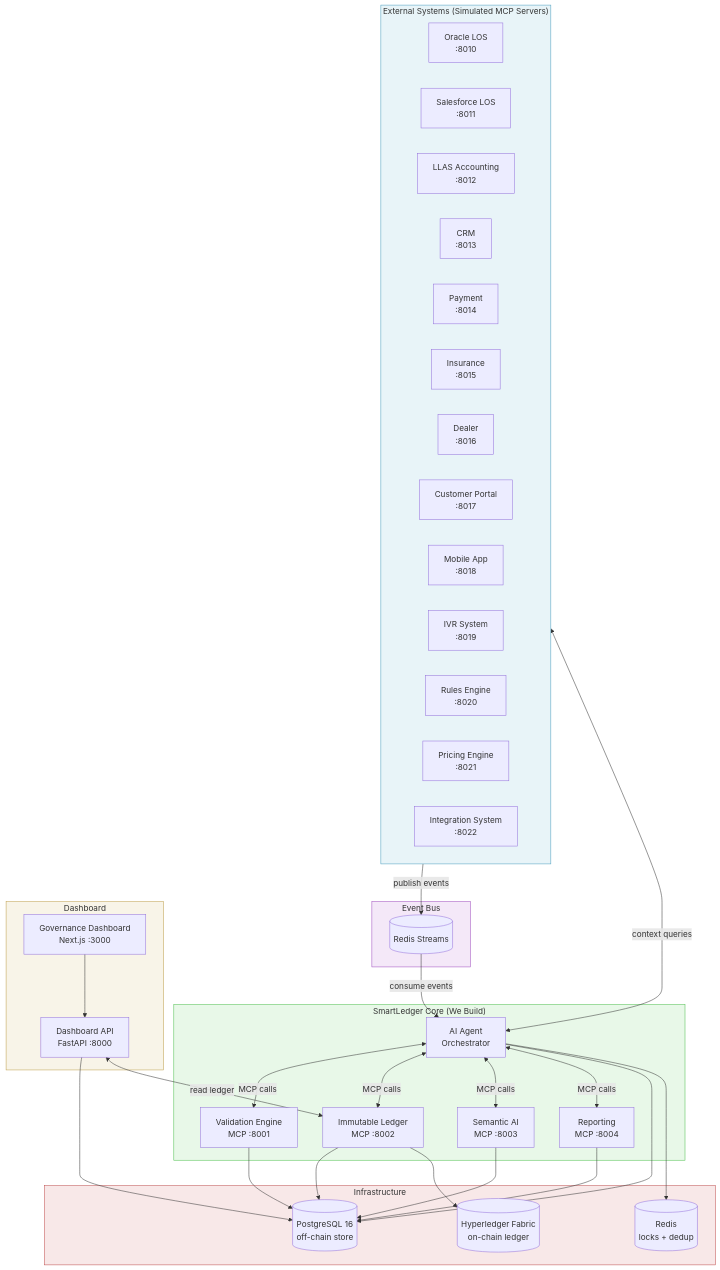
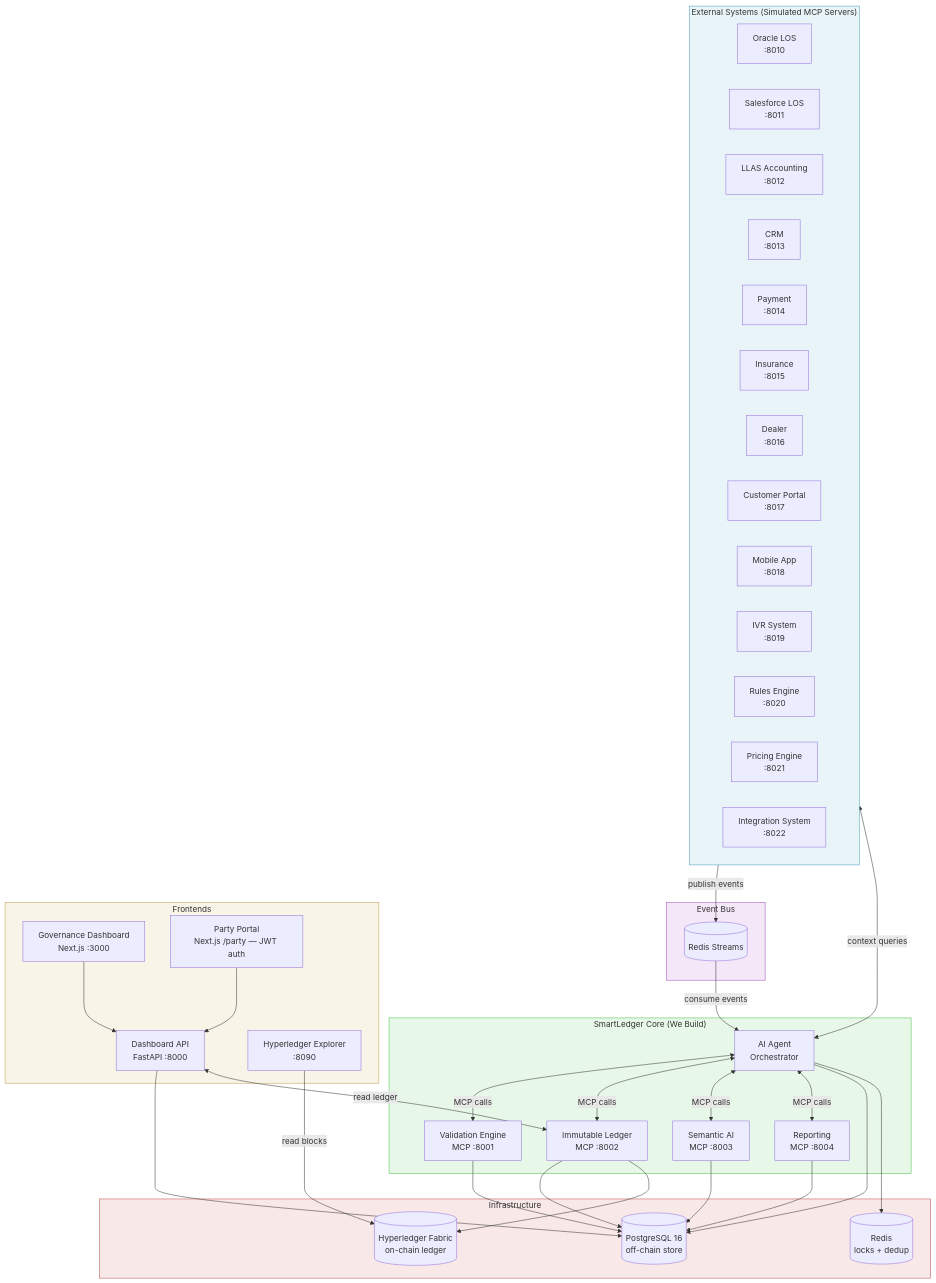
One commit to rame10566/smartledger changed the first of 10 diagrams in docs/ARCHITECTURE.md. Above: the diagram before and after it, drawn with Mermaid. The commit also changed other lines of this file and 5 other files, not shown here.

First line of the commit message:
docs: reflect Phase I (Party Portal + Hyperledger Explorer) across all docs

````diff
--- a/docs/ARCHITECTURE.md
+++ b/docs/ARCHITECTURE.md
@@ -7,67 +7,71 @@
 ```mermaid
 graph TB
     subgraph EXTERNAL["External Systems (Simulated MCP Servers)"]
         OL[Oracle LOS<br/>:8010]
         SF[Salesforce LOS<br/>:8011]
         LL[LLAS Accounting<br/>:8012]
         CR[CRM<br/>:8013]
         PM[Payment<br/>:8014]
         IN[Insurance<br/>:8015]
         DE[Dealer<br/>:8016]
         CP[Customer Portal<br/>:8017]
         MA[Mobile App<br/>:8018]
         IV[IVR System<br/>:8019]
         RU[Rules Engine<br/>:8020]
         PR[Pricing Engine<br/>:8021]
         IS[Integration System<br/>:8022]
     end
 
     subgraph BUS["Event Bus"]
         RS[(Redis Streams)]
     end
 
     subgraph CORE["SmartLedger Core (We Build)"]
         AG[AI Agent<br/>Orchestrator]
         VA[Validation Engine<br/>MCP :8001]
         LE[Immutable Ledger<br/>MCP :8002]
         SA[Semantic AI<br/>MCP :8003]
         RE[Reporting<br/>MCP :8004]
     end
 
-    subgraph FRONTEND["Dashboard"]
+    subgraph FRONTEND["Frontends"]
         DA[Dashboard API<br/>FastAPI :8000]
         UI[Governance Dashboard<br/>Next.js :3000]
+        PP[Party Portal<br/>Next.js /party — JWT auth]
+        EX[Hyperledger Explorer<br/>:8090]
     end
 
     subgraph INFRA["Infrastructure"]
         PG[(PostgreSQL 16<br/>off-chain store)]
         RD[(Redis<br/>locks + dedup)]
         FA[(Hyperledger Fabric<br/>on-chain ledger)]
     end
 
     EXTERNAL -->|publish events| RS
     RS -->|consume events| AG
     AG <-->|MCP calls| VA
     AG <-->|MCP calls| LE
     AG <-->|MCP calls| SA
     AG <-->|MCP calls| RE
     AG <-->|context queries| EXTERNAL
 
     VA --> PG
     LE --> PG
     LE --> FA
     AG --> PG
     AG --> RD
     RE --> PG
     SA --> PG
 
     DA --> PG
     DA <-->|read ledger| LE
     UI --> DA
+    PP --> DA
+    EX -->|read blocks| FA
 
     style EXTERNAL fill:#e8f4f8,stroke:#4a9ebe
     style CORE fill:#e8f8e8,stroke:#4abe4a
     style FRONTEND fill:#f8f4e8,stroke:#be9e4a
     style INFRA fill:#f8e8e8,stroke:#be4a4a
     style BUS fill:#f4e8f8,stroke:#9e4abe
 ```
````
